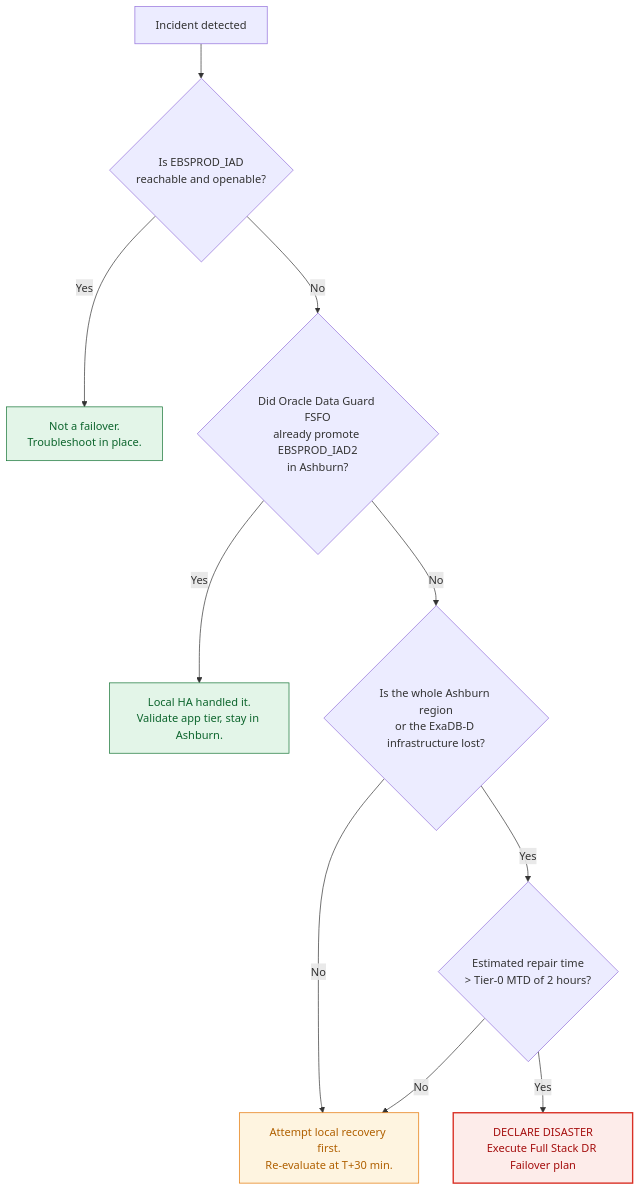
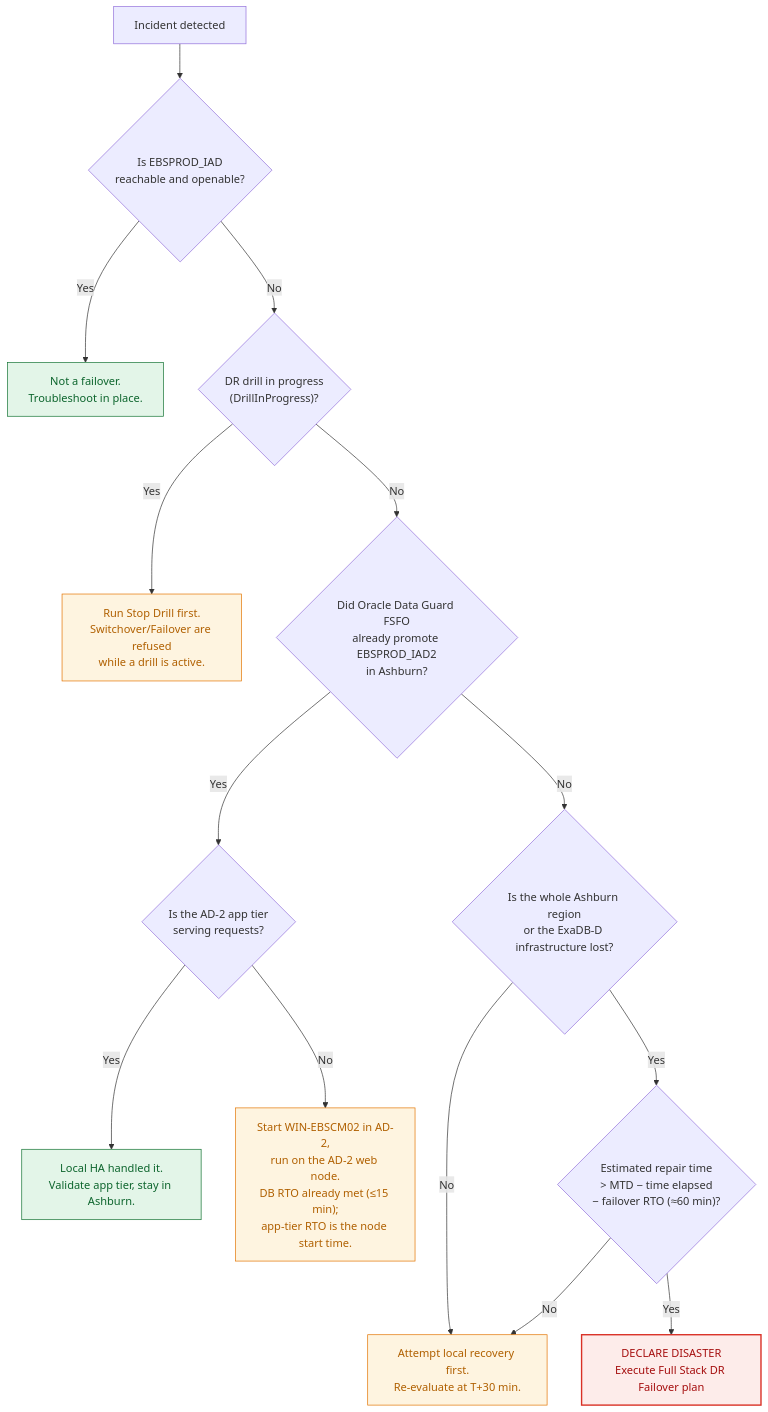
One commit to opscontinuum/oci-itscp changed the first of 2 diagrams in runbooks/RB-02-failover.md. Above: the diagram before and after it, drawn with Mermaid. The commit also changed other lines of this file and 29 other files, not shown here.

````diff
--- a/runbooks/RB-02-failover.md
+++ b/runbooks/RB-02-failover.md
@@ -12,16 +14,20 @@
 ```mermaid
 flowchart TD
     S["Incident detected"] --> Q1{"Is EBSPROD_IAD<br/>reachable and openable?"}
     Q1 -- Yes --> R1["Not a failover.<br/>Troubleshoot in place."]:::ok
-    Q1 -- No --> Q2{"Did Oracle Data Guard FSFO<br/>already promote EBSPROD_IAD2<br/>in Ashburn?"}
-    Q2 -- Yes --> R2["Local HA handled it.<br/>Validate app tier, stay in Ashburn."]:::ok
+    Q1 -- No --> QD{"DR drill in progress<br/>(DrillInProgress)?"}
+    QD -- Yes --> RD["Run Stop Drill first.<br/>Switchover/Failover are refused<br/>while a drill is active."]:::warn
+    QD -- No --> Q2{"Did Oracle Data Guard FSFO<br/>already promote EBSPROD_IAD2<br/>in Ashburn?"}
+    Q2 -- Yes --> Q2a{"Is the AD-2 app tier<br/>serving requests?"}
+    Q2a -- Yes --> R2["Local HA handled it.<br/>Validate app tier, stay in Ashburn."]:::ok
+    Q2a -- No --> R2b["Start WIN-EBSCM02 in AD-2,<br/>run on the AD-2 web node.<br/>DB RTO already met (≤15 min);<br/>app-tier RTO is the node start time."]:::warn
     Q2 -- No --> Q3{"Is the whole Ashburn region<br/>or the ExaDB-D infrastructure lost?"}
     Q3 -- No --> R3["Attempt local recovery first.<br/>Re-evaluate at T+30 min."]:::warn
-    Q3 -- Yes --> Q4{"Estimated repair time<br/>&gt; Tier-0 MTD of 2 hours?"}
+    Q3 -- Yes --> Q4{"Estimated repair time<br/>&gt; MTD − time elapsed<br/>− failover RTO (≈60 min)?"}
     Q4 -- No --> R3
     Q4 -- Yes --> R4["DECLARE DISASTER<br/>Execute Full Stack DR Failover plan"]:::go
 
     classDef ok fill:#e3f5e8,stroke:#137333,color:#0d652d
     classDef warn fill:#fef4e0,stroke:#e37400,color:#b06000
     classDef go fill:#fdecea,stroke:#d93025,stroke-width:2px,color:#a50e0e
 ```
````
